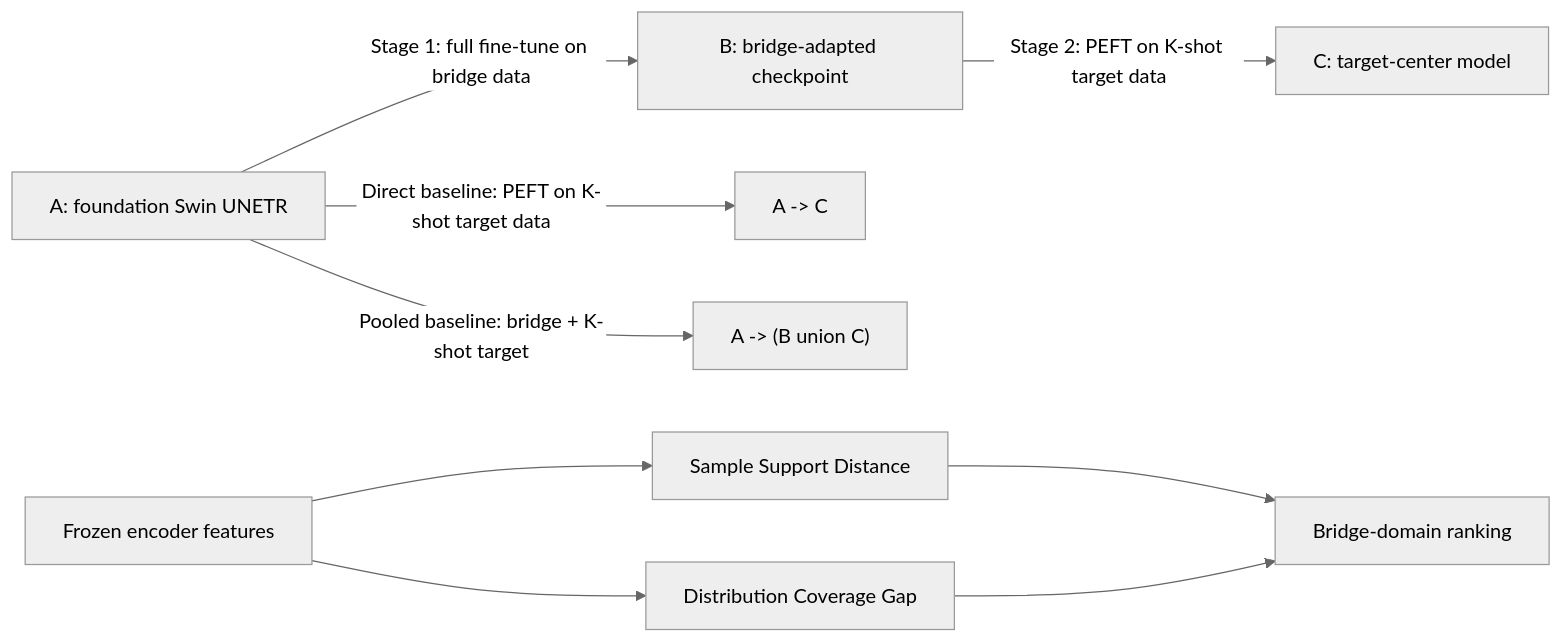
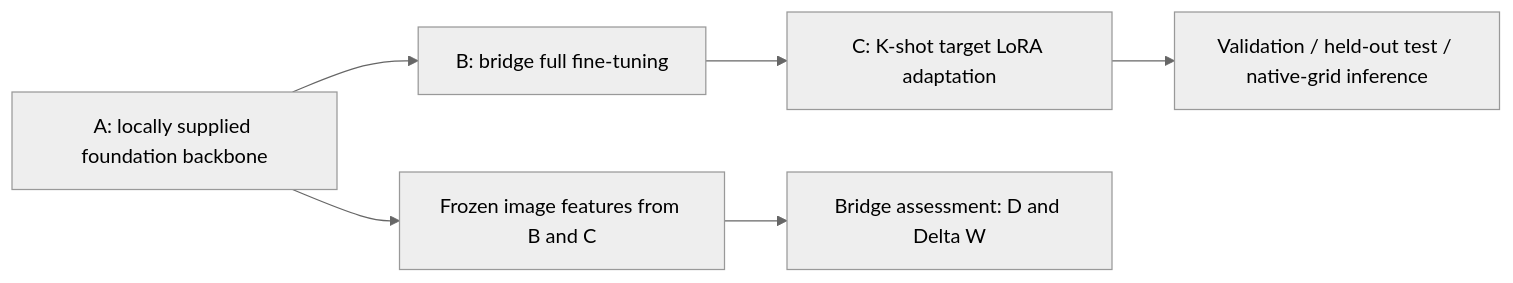
The diagram in README.md (Liu-XL-code/Bridge-Tuning), drawn with Mermaid (neutral theme) before and after one commit. The commit also changed other lines of this file and 18 other files, not shown here.

First line of the commit message:
Publish minimal Bridge-Tuning CT source with no data, weights or comparison experiments

````diff
--- a/README.md
+++ b/README.md
@@ -18,11 +12,8 @@
 ```mermaid
 flowchart LR
-    A["A: foundation Swin UNETR"] -->|"Stage 1: full fine-tune on bridge data"| B["B: bridge-adapted checkpoint"]
-    B -->|"Stage 2: PEFT on K-shot target data"| C["C: target-center model"]
-    A -->|"Direct baseline: PEFT on K-shot target data"| D["A -> C"]
-    A -->|"Pooled baseline: bridge + K-shot target"| E["A -> (B union C)"]
-    F["Frozen encoder features"] --> G["Sample Support Distance"]
-    F --> H["Distribution Coverage Gap"]
-    G --> I["Bridge-domain ranking"]
-    H --> I
+    A["A: locally supplied foundation backbone"] --> B["B: bridge full fine-tuning"]
+    B --> C["C: K-shot target LoRA adaptation"]
+    C --> E["Validation / held-out test / native-grid inference"]
+    A --> F["Frozen image features from B and C"]
+    F --> S["Bridge assessment: D and Delta W"]
 ```
````
